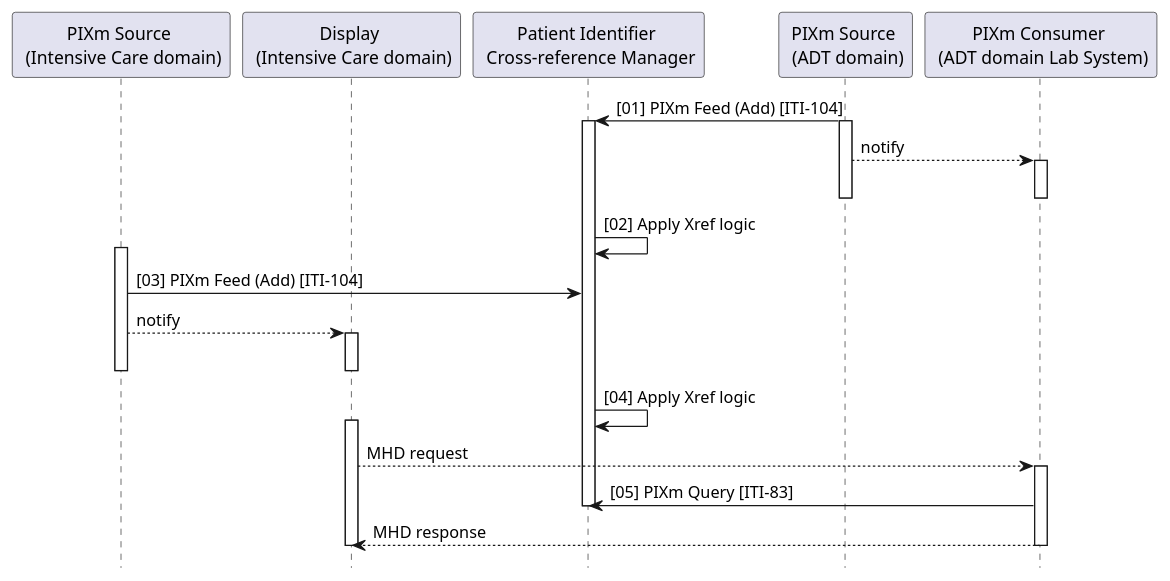
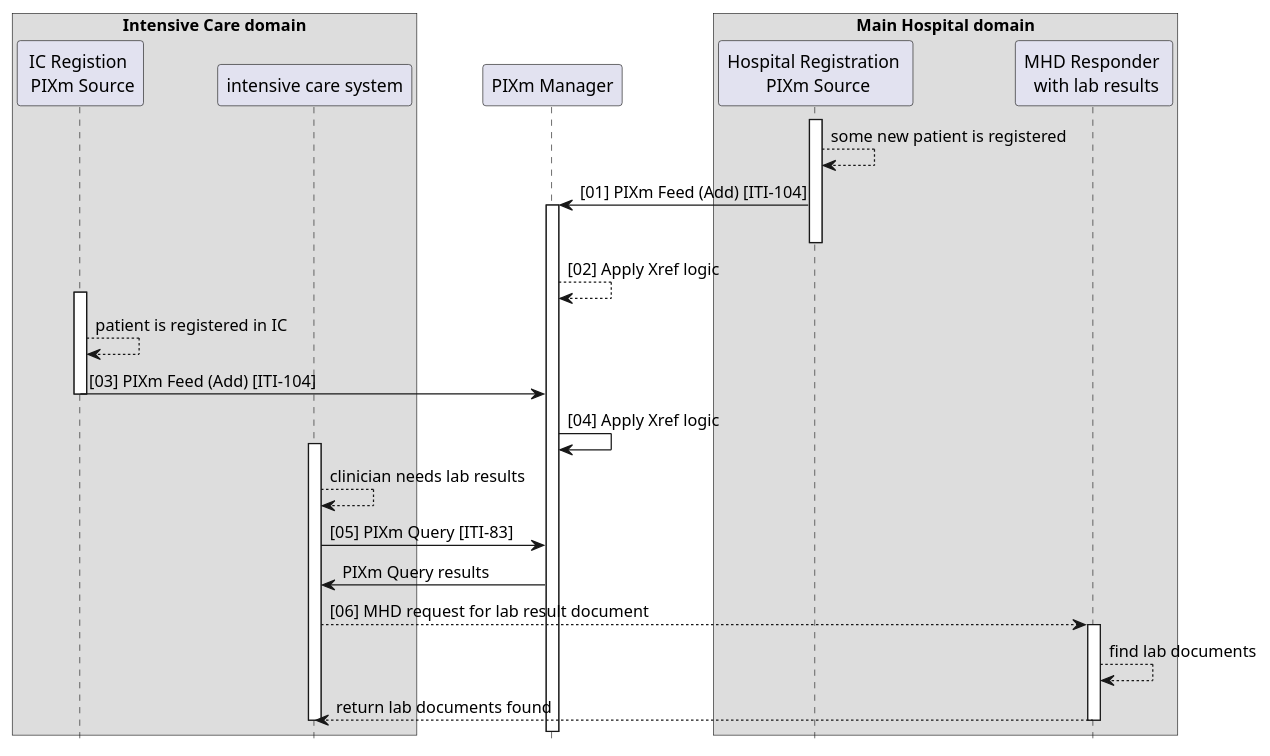
Before and after one commit to IHE/ITI.PIXm: the diagram in input/images-source/uc_1.plantuml, drawn with PlantUML. The commit also changed 5 other files, not shown here.

```diff
--- a/input/images-source/uc_1.plantuml
+++ b/input/images-source/uc_1.plantuml
@@ -1,49 +1,42 @@
 @startuml
 hide footbox
 
-participant "PIXm Source \n (Intensive Care domain)" as Source1
-participant "Display \n (Intensive Care domain)" as Display
-participant "Patient Identifier \n Cross-reference Manager" as Manager
-participant "PIXm Source \n (ADT domain)" as Source2
-participant "PIXm Consumer \n (ADT domain Lab System)" as Lab
+box Intensive Care domain
+ participant "IC Registion \n PIXm Source" as Source1
+ participant "intensive care system" as Display
+endbox
+participant "PIXm Manager" as Manager
+box Main Hospital domain
+ participant "Hospital Registration \n PIXm Source" as Source2
+ participant "MHD Responder \n with lab results" as Lab
+endbox
 
+activate Source2
+Source2 --> Source2: some new patient is registered
 Source2 -> Manager: [01] PIXm Feed (Add) [ITI-104]
 activate Manager
-activate Source2
-Source2 --> Lab: notify
-activate Lab
 deactivate Source2
-deactivate Lab
 
-Manager -> Manager: [02] Apply Xref logic
+Manager --> Manager: [02] Apply Xref logic
 
 activate Source1
-
+Source1 --> Source1: patient is registered in IC
 Source1 -> Manager: [03] PIXm Feed (Add) [ITI-104]
-
-Source1 --> Display: notify
-
-activate Display
-deactivate Display
-
 deactivate Source1
 
 Manager -> Manager: [04] Apply Xref logic
 
 activate Display
-
-Display --> Lab: MHD request
+Display --> Display: clinician needs lab results
+Display -> Manager: [05] PIXm Query [ITI-83]
+Display <- Manager: PIXm Query results
+Display --> Lab: [06] MHD request for lab result document
 activate Lab
 
-Lab -> Manager: [05] PIXm Query [ITI-83]
-deactivate Manager
-
-Lab --> Display: MHD response
+Lab --> Lab: find lab documents
+Lab --> Display: return lab documents found
 
 deactivate Display
 deactivate Lab
 
-deactivate Manager
-
-
 @enduml
```
